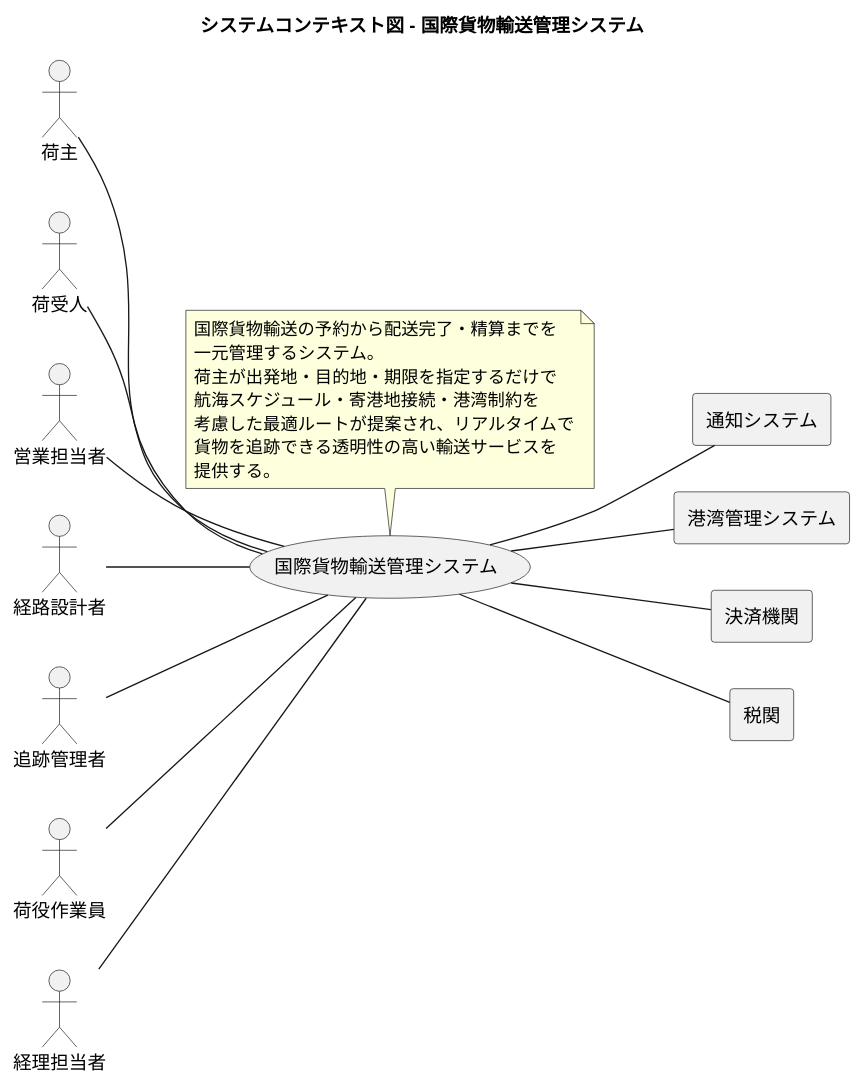
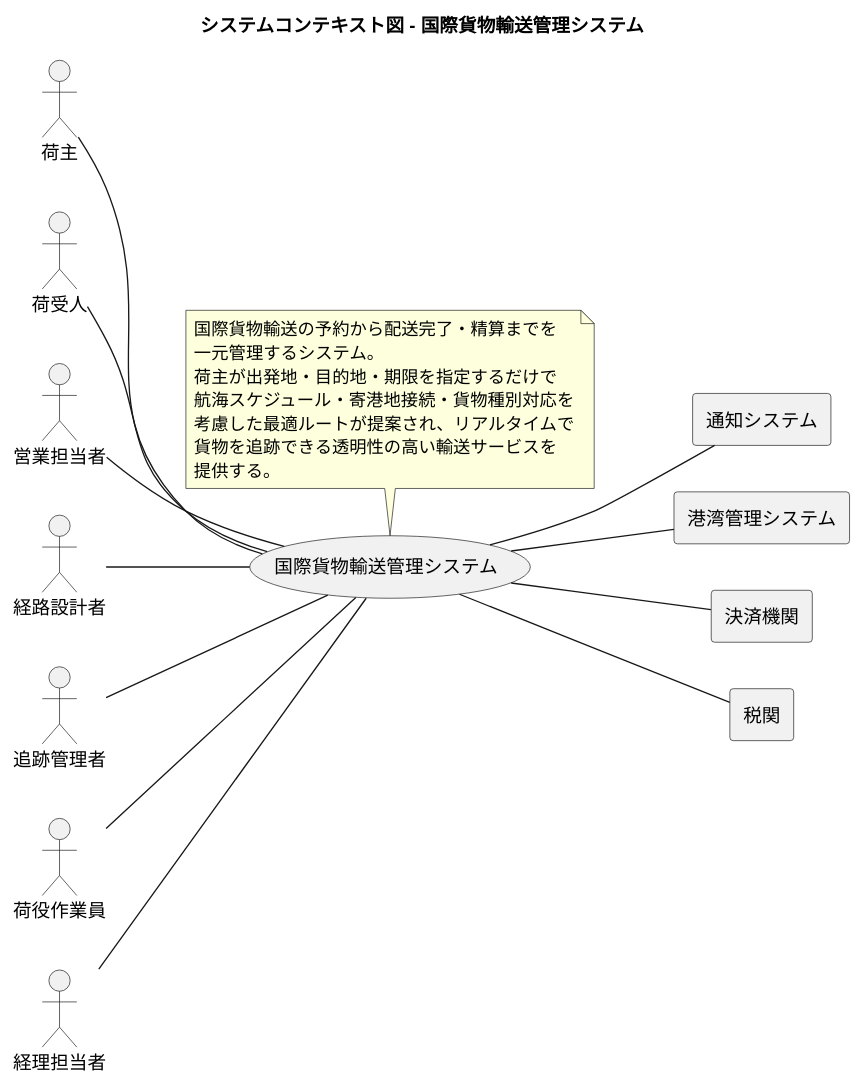
The first of 21 diagrams in docs/requirements/requirements_definition.md (k2works/case-study-cargo-tracker), drawn with PlantUML before and after one commit. The commit also changed other lines of this file and 9 other files, not shown here.

````diff
--- a/docs/requirements/requirements_definition.md
+++ b/docs/requirements/requirements_definition.md
@@ -16,46 +16,46 @@
 ```plantuml
 @startuml
 
 title システムコンテキスト図 - 国際貨物輸送管理システム
 
 left to right direction
 
 actor 荷主
 actor 荷受人
 actor 営業担当者
 actor 経路設計者
 actor 追跡管理者
 actor 荷役作業員
 actor 経理担当者
 
 agent 通知システム
 agent 港湾管理システム
 agent 決済機関
 agent 税関
 
 usecase 国際貨物輸送管理システム
 note top of 国際貨物輸送管理システム
   国際貨物輸送の予約から配送完了・精算までを
   一元管理するシステム。
   荷主が出発地・目的地・期限を指定するだけで
-  航海スケジュール・寄港地接続・港湾制約を
+  航海スケジュール・寄港地接続・貨物種別対応を
   考慮した最適ルートが提案され、リアルタイムで
   貨物を追跡できる透明性の高い輸送サービスを
   提供する。
 end note
 
 :荷主: -- (国際貨物輸送管理システム)
 :荷受人: -- (国際貨物輸送管理システム)
 :営業担当者: -- (国際貨物輸送管理システム)
 :経路設計者: -- (国際貨物輸送管理システム)
 :追跡管理者: -- (国際貨物輸送管理システム)
 :荷役作業員: -- (国際貨物輸送管理システム)
 :経理担当者: -- (国際貨物輸送管理システム)
 
 (国際貨物輸送管理システム) -- 通知システム
 (国際貨物輸送管理システム) -- 港湾管理システム
 (国際貨物輸送管理システム) -- 決済機関
 (国際貨物輸送管理システム) -- 税関
 
 @enduml
 ```
````
